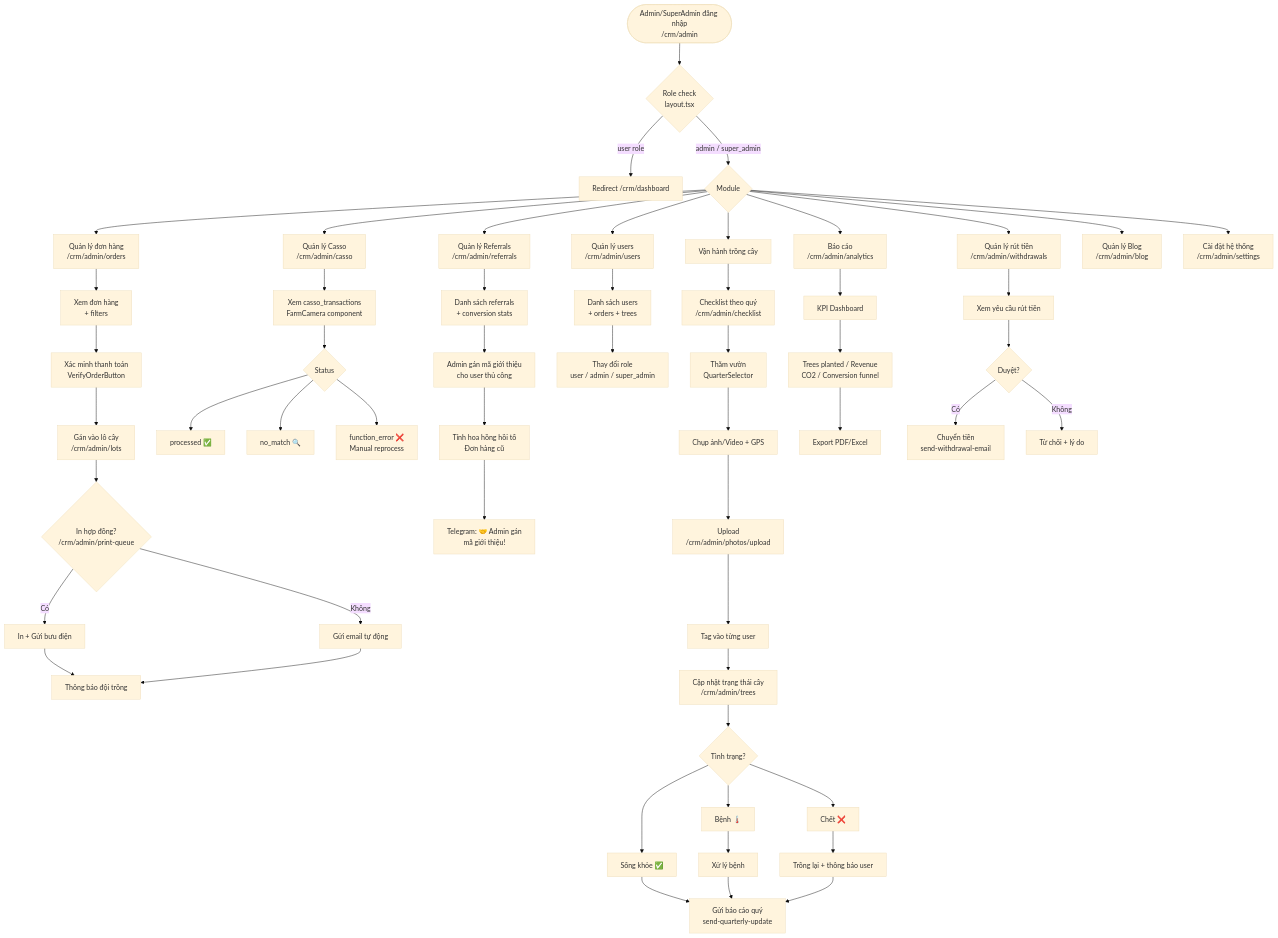
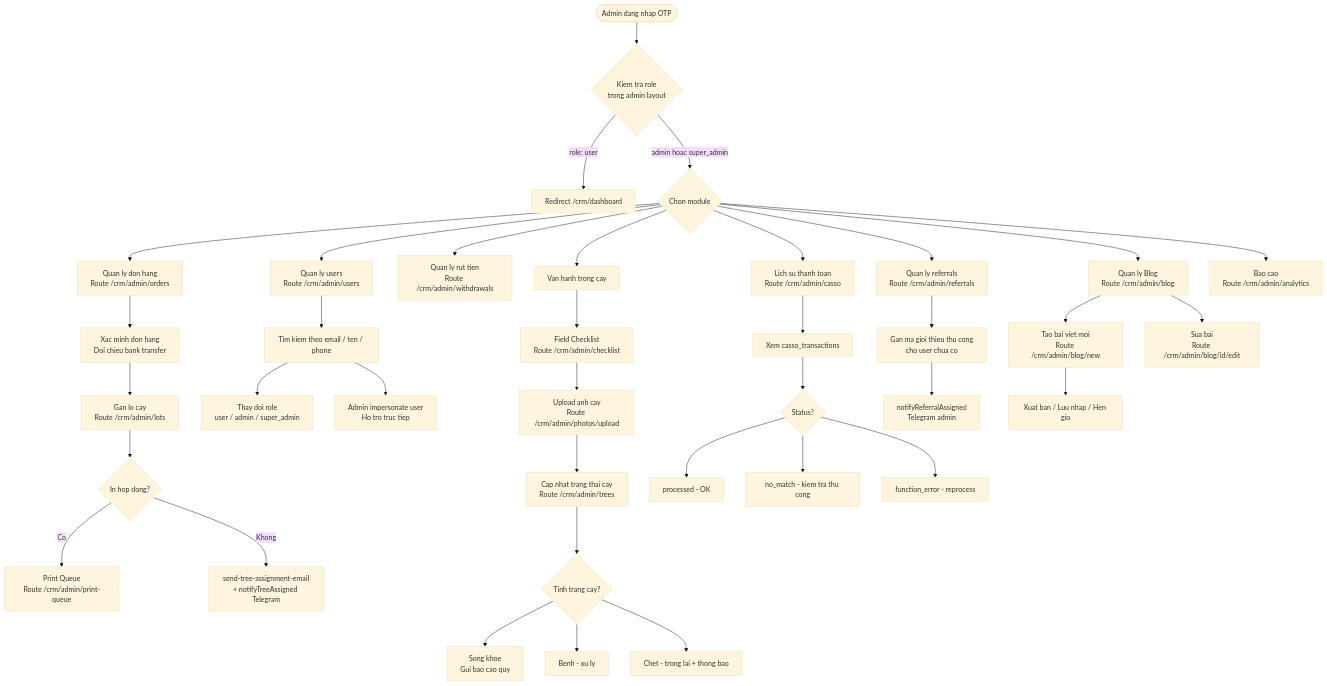
Before and after one commit to deptrai/dainganxanh: the sixth of 8 diagrams in docs/userflow.md, drawn with Mermaid (base theme). The commit also changed other lines of this file and 24 other files, not shown here.

First line of the commit message:
feat: admin impersonation, checkout flow redesign, OTP & referral fixes

````diff
--- a/docs/userflow.md
+++ b/docs/userflow.md
@@ -228,64 +223,46 @@
 ```mermaid
 flowchart TD
-    Login([Admin/SuperAdmin đăng nhập<br>/crm/admin]) --> RoleCheck{Role check<br>layout.tsx}
-    RoleCheck -->|user role| Redirect[Redirect /crm/dashboard]
-    RoleCheck -->|admin / super_admin| MainMenu{Module}
+    AdminLogin([Admin dang nhap OTP]) --> RoleCheck{Kiem tra role<br>trong admin layout}
+    RoleCheck -->|role: user| Blocked[Redirect /crm/dashboard]
+    RoleCheck -->|admin hoac super_admin| AdminHub{Chon module}
 
-    MainMenu --> OrderMgmt[Quản lý đơn hàng<br>/crm/admin/orders]
-    MainMenu --> CassoMgmt[Quản lý Casso<br>/crm/admin/casso]
-    MainMenu --> ReferralMgmt[Quản lý Referrals<br>/crm/admin/referrals]
-    MainMenu --> PlantOps[Vận hành trồng cây]
-    MainMenu --> UserMgmt[Quản lý users<br>/crm/admin/users]
-    MainMenu --> Withdrawals[Quản lý rút tiền<br>/crm/admin/withdrawals]
-    MainMenu --> Analytics[Báo cáo<br>/crm/admin/analytics]
-    MainMenu --> BlogMgmt[Quản lý Blog<br>/crm/admin/blog]
-    MainMenu --> Settings[Cài đặt hệ thống<br>/crm/admin/settings]
+    AdminHub --> Orders[Quan ly don hang<br>Route /crm/admin/orders]
+    AdminHub --> Users[Quan ly users<br>Route /crm/admin/users]
+    AdminHub --> Withdrawals[Quan ly rut tien<br>Route /crm/admin/withdrawals]
+    AdminHub --> PlantOps[Van hanh trong cay]
+    AdminHub --> Casso[Lich su thanh toan<br>Route /crm/admin/casso]
+    AdminHub --> Referrals[Quan ly referrals<br>Route /crm/admin/referrals]
+    AdminHub --> Blog[Quan ly Blog<br>Route /crm/admin/blog]
+    AdminHub --> Analytics[Bao cao<br>Route /crm/admin/analytics]
 
-    OrderMgmt --> NewOrders[Xem đơn hàng<br>+ filters]
-    NewOrders --> Verify[Xác minh thanh toán<br>VerifyOrderButton]
-    Verify --> Assign[Gán vào lô cây<br>/crm/admin/lots]
-    Assign --> PrintQueue{In hợp đồng?<br>/crm/admin/print-queue}
-    PrintQueue -->|Có| Print[In + Gửi bưu điện]
-    PrintQueue -->|Không| Digital[Gửi email tự động]
-    Print --> NotifyField[Thông báo đội trồng]
-    Digital --> NotifyField
+    Orders --> VerifyOrder[Xac minh don hang<br>Doi chieu bank transfer]
+    VerifyOrder --> AssignLot[Gan lo cay<br>Route /crm/admin/lots]
+    AssignLot --> PrintContract{In hop dong?}
+    PrintContract -->|Co| PrintQueue[Print Queue<br>Route /crm/admin/print-queue]
+    PrintContract -->|Khong| AutoEmail[send-tree-assignment-email<br>+ notifyTreeAssigned Telegram]
 
-    CassoMgmt --> ViewTx[Xem casso_transactions<br>FarmCamera component]
-    ViewTx --> TxStatus{Status}
-    TxStatus --> Processed[processed ✅]
-    TxStatus --> NoMatch[no_match 🔍]
-    TxStatus --> Error[function_error ❌<br>Manual reprocess]
+    Users --> SearchUser[Tim kiem theo email / ten / phone]
+    SearchUser --> EditRole[Thay doi role<br>user / admin / super_admin]
+    SearchUser --> Impersonate[Admin impersonate user<br>Ho tro truc tiep]
 
-    ReferralMgmt --> ViewReferrals[Danh sách referrals<br>+ conversion stats]
-    ViewReferrals --> AssignRef[Admin gán mã giới thiệu<br>cho user thủ công]
-    AssignRef --> RetroCalc[Tính hoa hồng hồi tố<br>Đơn hàng cũ]
-    RetroCalc --> TelegramRef[Telegram: 🤝 Admin gán<br>mã giới thiệu!]
+    PlantOps --> Checklist[Field Checklist<br>Route /crm/admin/checklist]
+    Checklist --> UploadPhotos[Upload anh cay<br>Route /crm/admin/photos/upload]
+    UploadPhotos --> UpdateTrees[Cap nhat trang thai cay<br>Route /crm/admin/trees]
+    UpdateTrees --> HealthCheck{Tinh trang cay?}
+    HealthCheck --> Healthy[Song khoe<br>Gui bao cao quy]
+    HealthCheck --> Sick[Benh - xu ly]
+    HealthCheck --> Dead[Chet - trong lai + thong bao]
 
-    UserMgmt --> ViewUsers[Danh sách users<br>+ orders + trees]
-    ViewUsers --> EditRole[Thay đổi role<br>user / admin / super_admin]
+    Casso --> ViewTx[Xem casso_transactions]
+    ViewTx --> TxCheck{Status?}
+    TxCheck --> Processed[processed - OK]
+    TxCheck --> NoMatch[no_match - kiem tra thu cong]
+    TxCheck --> FnError[function_error - reprocess]
 
-    PlantOps --> QuarterCheck[Checklist theo quý<br>/crm/admin/checklist]
-    QuarterCheck --> FieldVisit[Thăm vườn<br>QuarterSelector]
-    FieldVisit --> TakePhoto[Chụp ảnh/Video + GPS]
-    TakePhoto --> Upload[Upload<br>/crm/admin/photos/upload]
-    Upload --> TagUsers[Tag vào từng user]
-    TagUsers --> UpdateStatus[Cập nhật trạng thái cây<br>/crm/admin/trees]
-    UpdateStatus --> CheckHealth{Tình trạng?}
-    CheckHealth --> Healthy[Sống khỏe ✅]
-    CheckHealth --> Sick[Bệnh 🌡️]
-    CheckHealth --> Dead[Chết ❌]
-    Sick --> Treatment[Xử lý bệnh]
-    Dead --> Replant[Trồng lại + thông báo user]
-    Healthy --> Quarterly[Gửi báo cáo quý<br>send-quarterly-update]
-    Treatment --> Quarterly
-    Replant --> Quarterly
+    Referrals --> AssignRef[Gan ma gioi thieu thu cong<br>cho user chua co]
+    AssignRef --> TelegramRef[notifyReferralAssigned<br>Telegram admin]
 
-    Analytics --> Dashboard[KPI Dashboard]
-    Dashboard --> Metrics[Trees planted / Revenue<br>CO2 / Conversion funnel]
-    Metrics --> Export[Export PDF/Excel]
-
-    Withdrawals --> ReviewWithdrawal[Xem yêu cầu rút tiền]
-    ReviewWithdrawal --> ApproveWithdrawal{Duyệt?}
-    ApproveWithdrawal -->|Có| TransferMoney[Chuyển tiền<br>send-withdrawal-email]
-    ApproveWithdrawal -->|Không| RejectWithdrawal[Từ chối + lý do]
+    Blog --> CreatePost[Tao bai viet moi<br>Route /crm/admin/blog/new]
+    Blog --> EditPost[Sua bai<br>Route /crm/admin/blog/id/edit]
+    CreatePost --> PublishPost[Xuat ban / Luu nhap / Hen gio]
 ```
````
